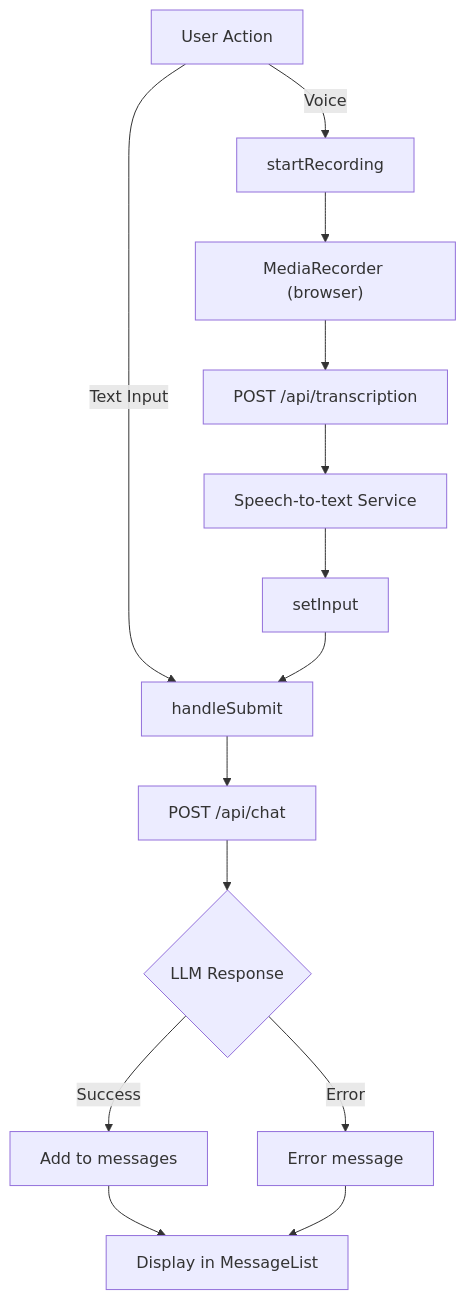
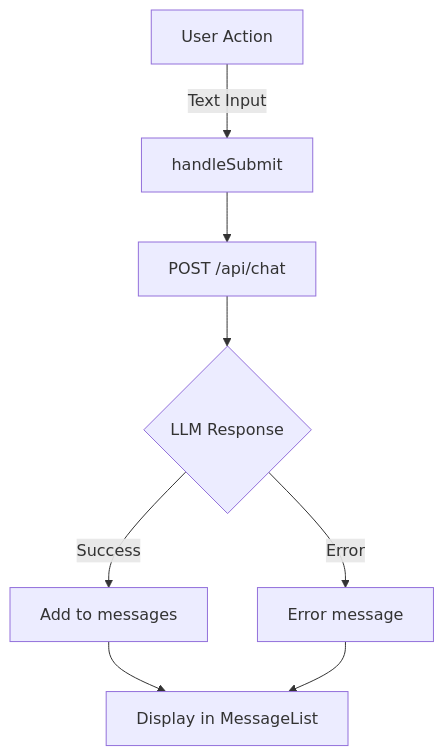
Before and after one commit to NarayanYerrabachu/dguv_frontend: the diagram in docs/understanding-features/chat-interface.md, drawn with Mermaid. The commit also changed other lines of this file and 20 other files, not shown here.

````diff
--- a/docs/understanding-features/chat-interface.md
+++ b/docs/understanding-features/chat-interface.md
@@ -15,16 +15,10 @@
 ```mermaid
 flowchart TD
     A[User Action] -->|Text Input| B[handleSubmit]
-    A -->|Voice| C[startRecording]
     B --> D["POST /api/chat"]
-    C --> E["MediaRecorder (browser)"]
-    E --> F["POST /api/transcription"]
-    F --> G["Speech-to-text Service"]
-    G --> H["setInput"]
-    H --> B
     D --> I{LLM Response}
     I -->|Success| J["Add to messages"]
     I -->|Error| K["Error message"]
     J --> L["Display in MessageList"]
     K --> L
 ```
````
